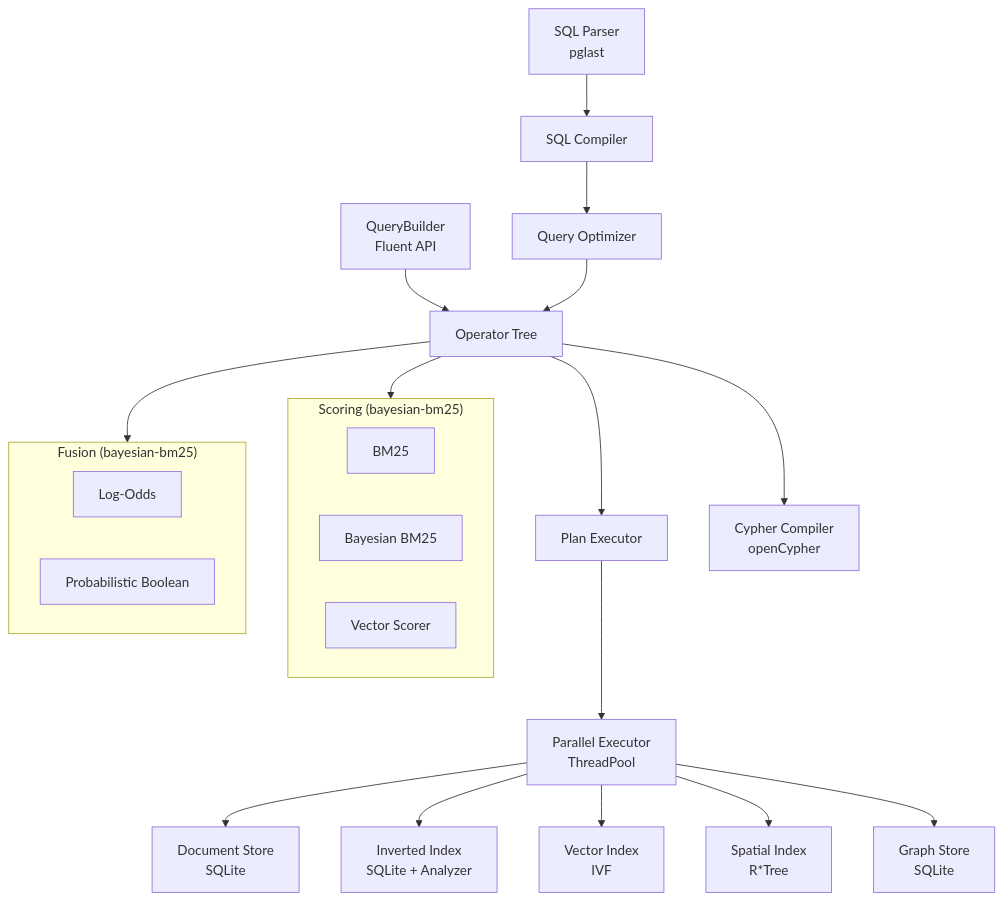
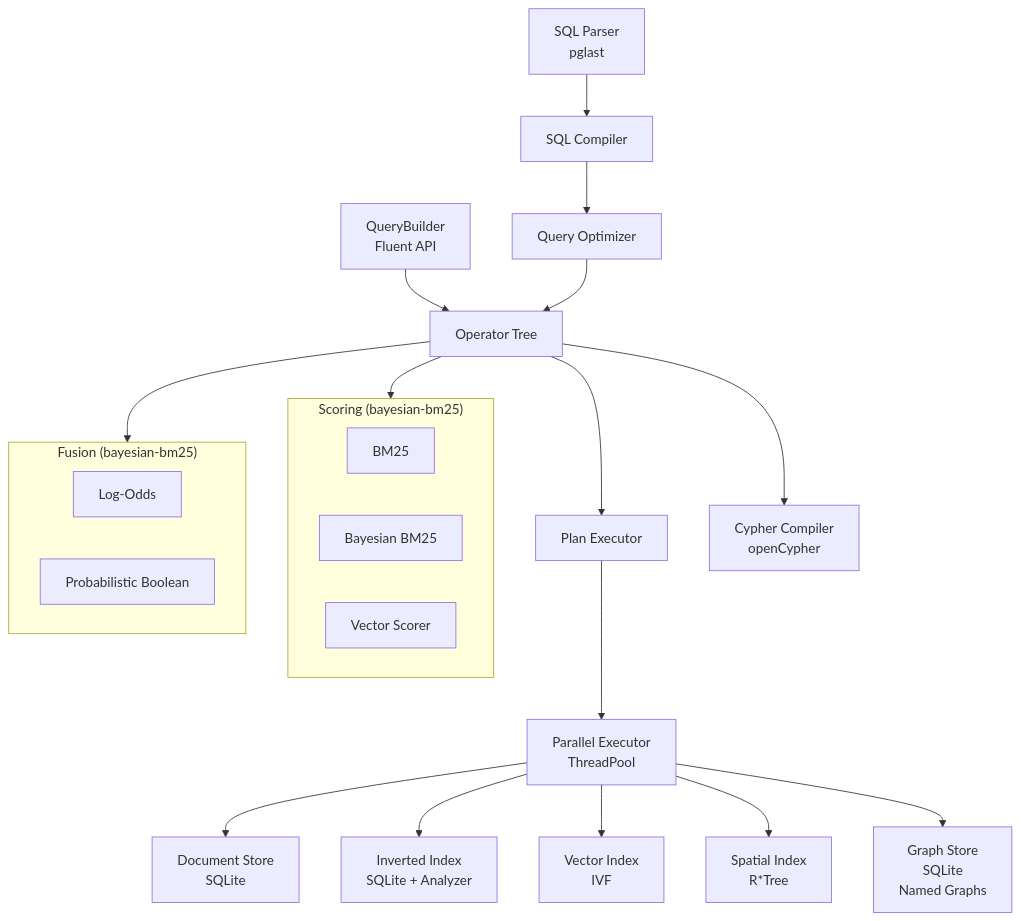
One commit to cognica-io/uqa changed the diagram in README.md. Above: the diagram before and after it, drawn with Mermaid. The commit also changed other lines of this file and 85 other files, not shown here.

First line of the commit message:
Release 0.20.0 -- named graphs and 14 paper-to-code improvements

````diff
--- a/README.md
+++ b/README.md
@@ -211,31 +211,31 @@
 ```mermaid
 graph TD
     SQL[SQL Parser<br/>pglast] --> Compiler[SQL Compiler]
     QB[QueryBuilder<br/>Fluent API] --> Operators
 
     Compiler --> Optimizer[Query Optimizer]
     Optimizer --> Operators[Operator Tree]
     Operators --> Executor[Plan Executor]
     Executor --> PAR[Parallel Executor<br/>ThreadPool]
     Operators --> Cypher[Cypher Compiler<br/>openCypher]
 
     PAR --> DS[Document Store<br/>SQLite]
     PAR --> II[Inverted Index<br/>SQLite + Analyzer]
     PAR --> VI["Vector Index<br/>IVF"]
     PAR --> SI[Spatial Index<br/>R*Tree]
-    PAR --> GS[Graph Store<br/>SQLite]
+    PAR --> GS[Graph Store<br/>SQLite<br/>Named Graphs]
 
     subgraph Scoring ["Scoring (bayesian-bm25)"]
         BM25[BM25]
         BBFS[Bayesian BM25]
         VS[Vector Scorer]
     end
 
     subgraph Fusion ["Fusion (bayesian-bm25)"]
         LO[Log-Odds]
         PB[Probabilistic Boolean]
     end
 
     Operators --> Scoring
     Operators --> Fusion
 ```
````
